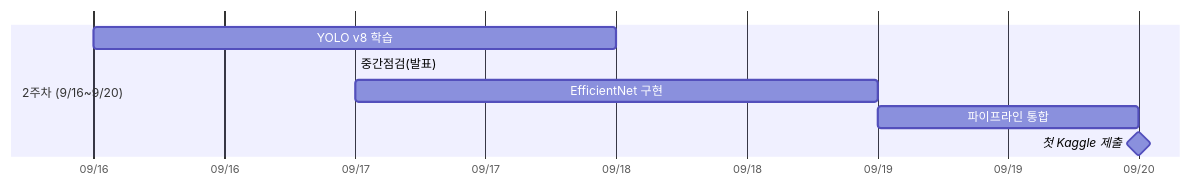
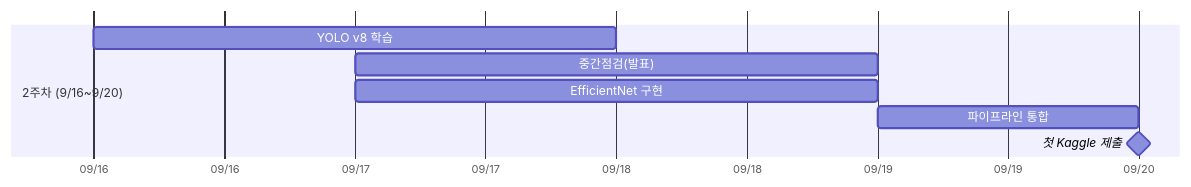
The sixth of 13 diagrams in docs/md/README.md (cmustard7/codeit_ai_health_eat), drawn with Mermaid before and after one commit. The commit also changed other lines of this file and 1 other file, not shown here.

````diff
--- a/docs/md/README.md
+++ b/docs/md/README.md
@@ -251,12 +251,12 @@
 ```mermaid
 gantt
     dateFormat  YYYY-MM-DD
     axisFormat %m/%d
         
     section 2주차 (9/16~9/20)
     YOLO v8 학습      :yolo-train, 2025-09-16, 2025-09-18
-    중간점검(발표)  :efficient, 2025-09-17, 2025-09-17
+    중간점검(발표)  :efficient, 2025-09-17, 2025-09-19
     EfficientNet 구현  :efficient, 2025-09-17, 2025-09-19
     파이프라인 통합    :integrate, 2025-09-19, 2025-09-20
     첫 Kaggle 제출    :milestone, first-sub, 2025-09-20, 0d    
 ```
````
